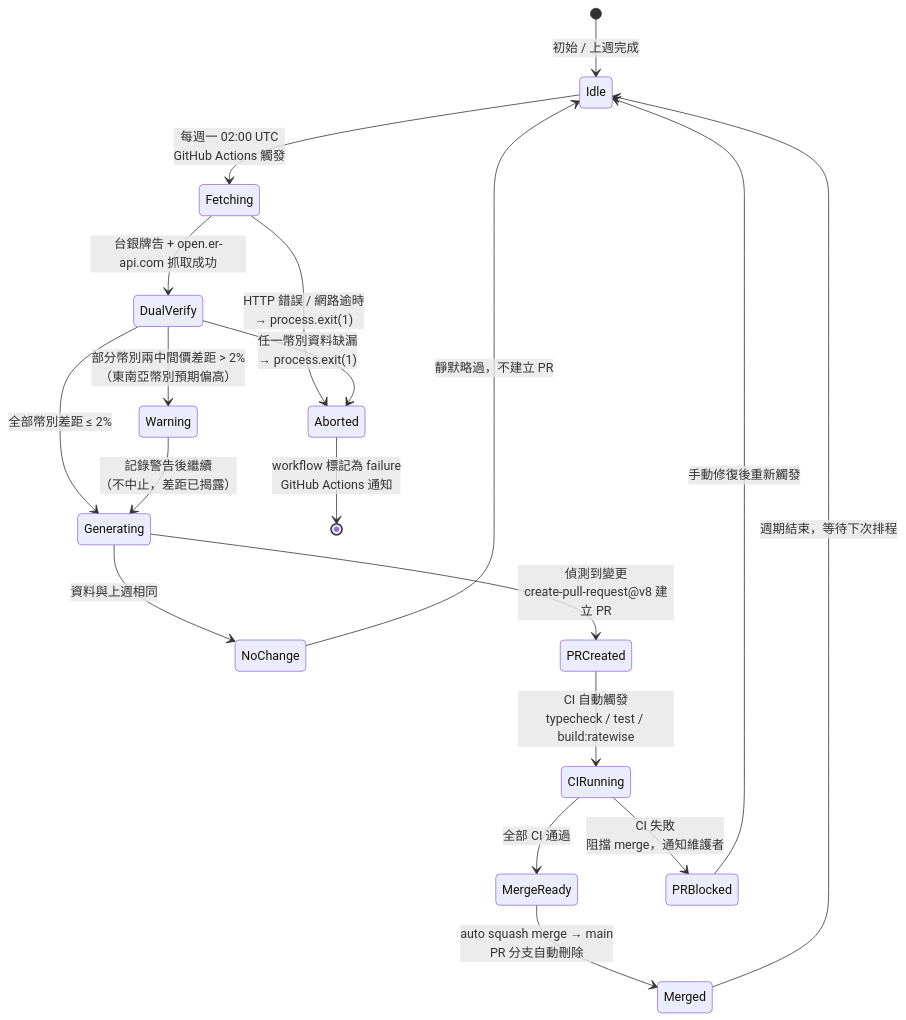
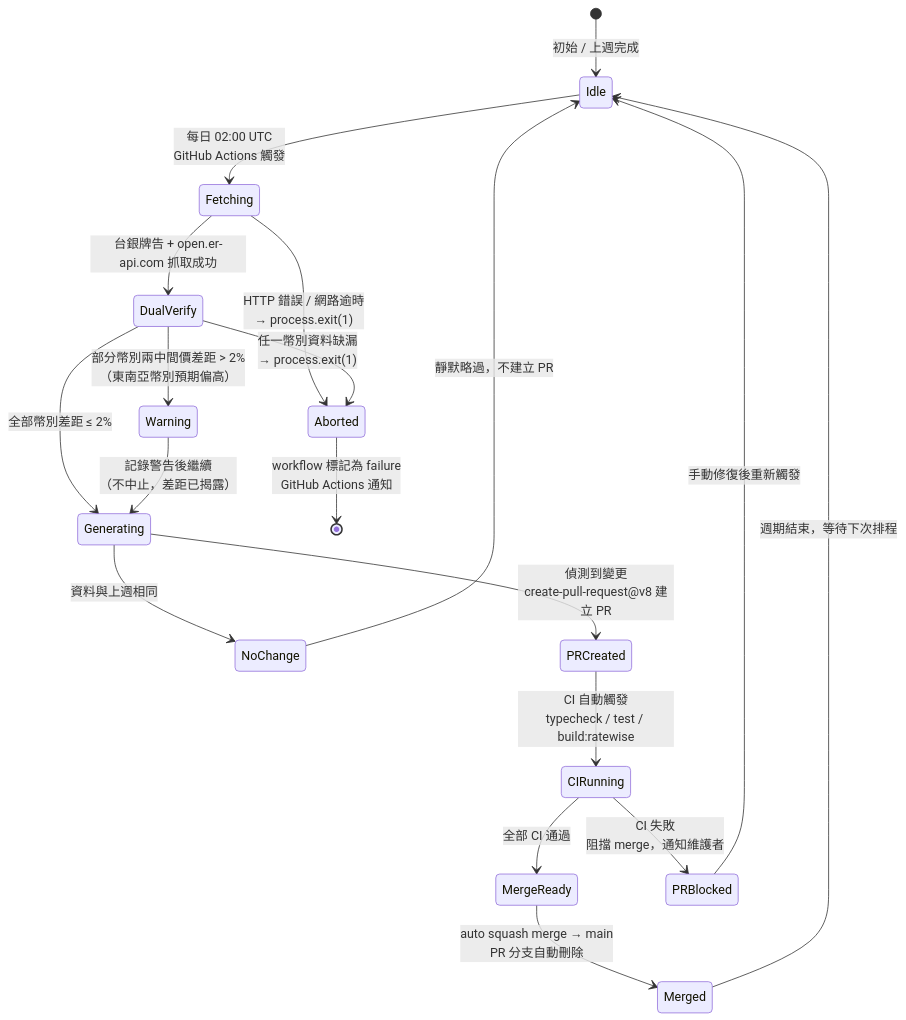
Before and after one commit to haotool/app: the second of 3 diagrams in docs/SEO_GUIDE.md, drawn with Mermaid. The commit also changed other lines of this file and 7 other files, not shown here.

````diff
--- a/docs/SEO_GUIDE.md
+++ b/docs/SEO_GUIDE.md
@@ -79,33 +79,33 @@
 ```mermaid
 stateDiagram-v2
     [*] --> Idle : 初始 / 上週完成
 
-    Idle --> Fetching : 每週一 02:00 UTC<br/>GitHub Actions 觸發
+    Idle --> Fetching : 每日 02:00 UTC<br/>GitHub Actions 觸發
 
     Fetching --> DualVerify : 台銀牌告 + open.er-api.com 抓取成功
     Fetching --> Aborted : HTTP 錯誤 / 網路逾時<br/>→ process.exit(1)
 
     DualVerify --> Warning : 部分幣別兩中間價差距 > 2%<br/>（東南亞幣別預期偏高）
     DualVerify --> Generating : 全部幣別差距 ≤ 2%
     DualVerify --> Aborted : 任一幣別資料缺漏<br/>→ process.exit(1)
 
     Warning --> Generating : 記錄警告後繼續<br/>（不中止，差距已揭露）
 
     Generating --> NoChange : 資料與上週相同
     Generating --> PRCreated : 偵測到變更<br/>create-pull-request@v8 建立 PR
 
     NoChange --> Idle : 靜默略過，不建立 PR
 
     PRCreated --> CIRunning : CI 自動觸發<br/>typecheck / test / build:ratewise
 
     CIRunning --> MergeReady : 全部 CI 通過
     CIRunning --> PRBlocked : CI 失敗<br/>阻擋 merge，通知維護者
 
     MergeReady --> Merged : auto squash merge → main<br/>PR 分支自動刪除
 
     PRBlocked --> Idle : 手動修復後重新觸發
 
     Merged --> Idle : 週期結束，等待下次排程
 
     Aborted --> [*] : workflow 標記為 failure<br/>GitHub Actions 通知
 ```
````
